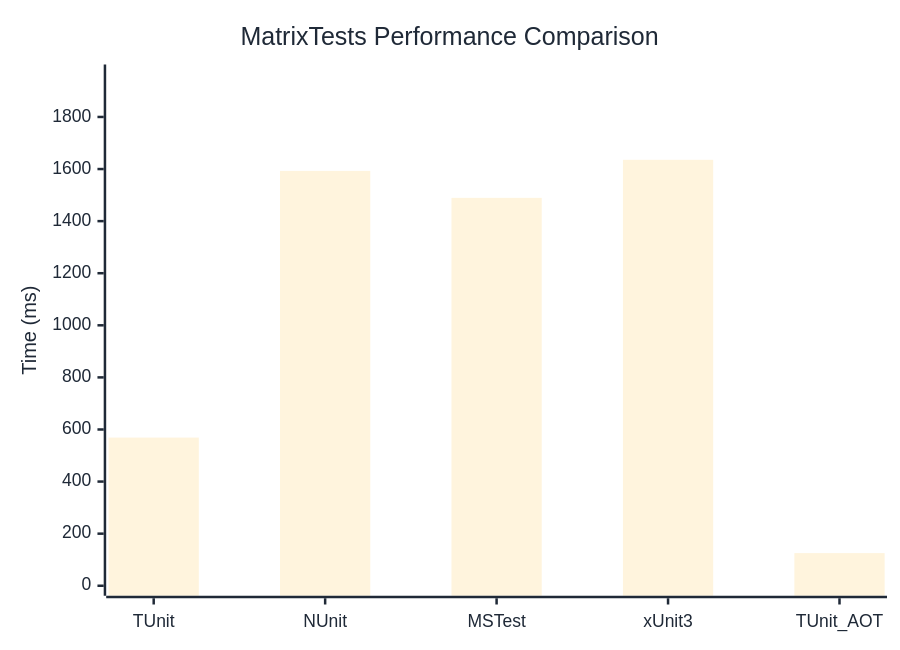
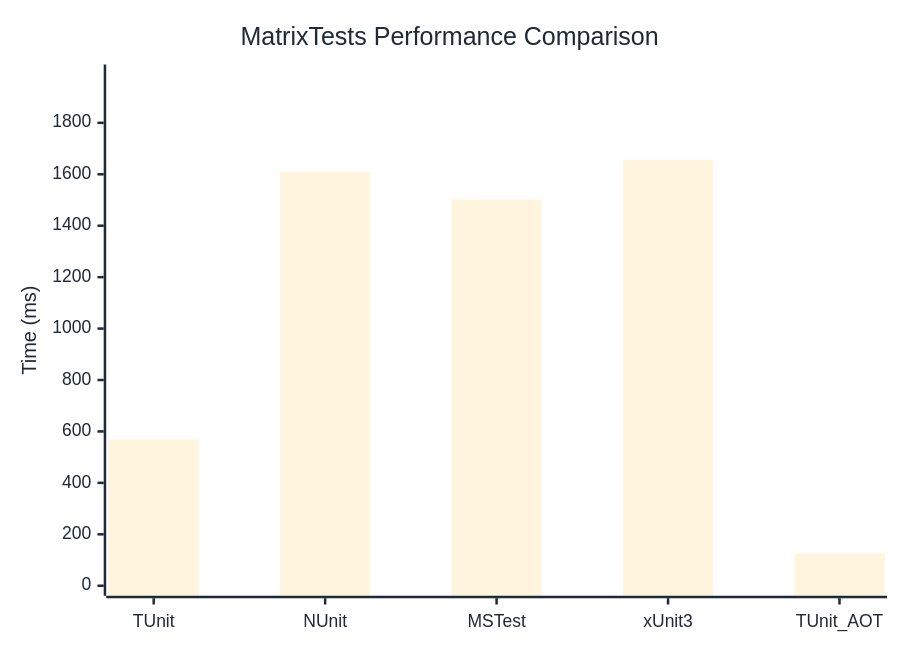
One commit to weiyilai/TUnit changed the diagram in docs/docs/benchmarks/MatrixTests.md. Above: the diagram before and after it, drawn with Mermaid. The commit also changed other lines of this file and 17 other files, not shown here.

````diff
--- a/docs/docs/benchmarks/MatrixTests.md
+++ b/docs/docs/benchmarks/MatrixTests.md
@@ -27,37 +27,37 @@
 ```mermaid
 %%{init: {
   'theme':'base',
   'themeVariables': {
     'primaryColor': '#2563eb',
     'primaryTextColor': '#1f2937',
     'primaryBorderColor': '#1e40af',
     'lineColor': '#6b7280',
     'secondaryColor': '#7c3aed',
     'tertiaryColor': '#dc2626',
     'background': '#ffffff',
     'mainBkg': '#2563eb',
     'secondBkg': '#7c3aed',
     'tertiaryBkg': '#dc2626',
     'clusterBkg': '#f3f4f6',
     'edgeLabelBackground': '#ffffff',
     'tertiaryTextColor': '#1f2937',
     'pie1': '#2563eb',
     'pie2': '#7c3aed',
     'pie3': '#dc2626',
     'pie4': '#f59e0b',
     'pie5': '#10b981',
     'pie6': '#06b6d4',
     'pie7': '#ec4899',
     'pie8': '#6366f1',
     'pie9': '#84cc16',
     'pie10': '#f97316',
     'pie11': '#14b8a6',
     'pie12': '#a855f7'
   }
 }}%%
 xychart-beta
   title "MatrixTests Performance Comparison"
   x-axis ["TUnit", "NUnit", "MSTest", "xUnit3", "TUnit_AOT"]
-  y-axis "Time (ms)" 0 --> 1963
-  bar [568.9, 1592.9, 1489.4, 1635.4, 125.3]
+  y-axis "Time (ms)" 0 --> 1988
+  bar [568.7, 1609.1, 1502.1, 1656.2, 125.2]
 ```
````
